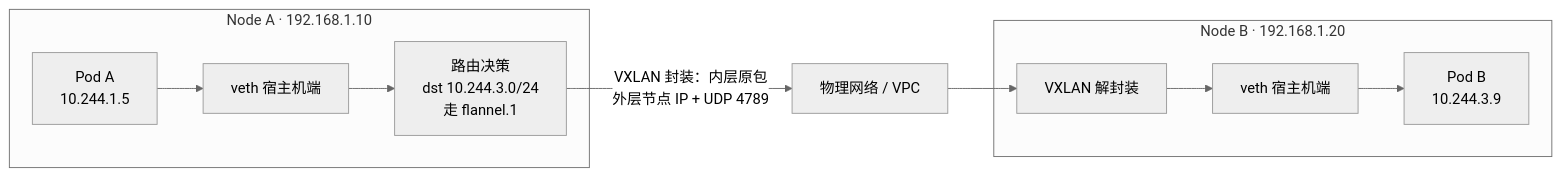
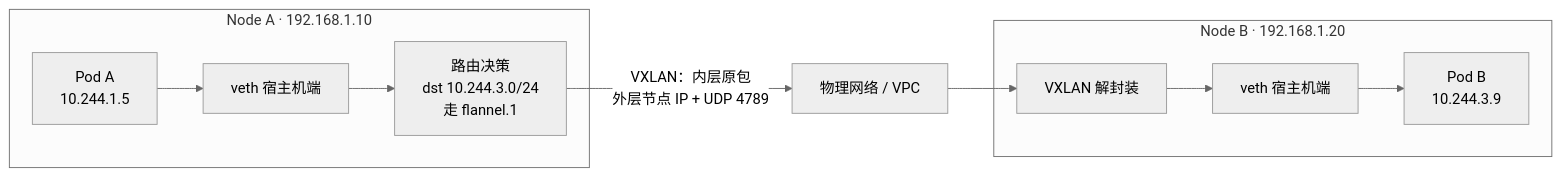
One commit to ml-cuizijun/LearnToLilith changed the third of 5 diagrams in 03-Kubernetes/10-CNI与网络策略/知识点.md. Above: the diagram before and after it, drawn with Mermaid (neutral theme). The commit also changed other lines of this file and 178 other files, not shown here.

````diff
--- a/03-Kubernetes/10-CNI与网络策略/知识点.md
+++ b/03-Kubernetes/10-CNI与网络策略/知识点.md
@@ -214,11 +203,11 @@
 ```mermaid
 flowchart LR
     subgraph N1["Node A · 192.168.1.10"]
         PA["Pod A<br/>10.244.1.5"] --> VA["veth 宿主机端"] --> RA["路由决策<br/>dst 10.244.3.0/24<br/>走 flannel.1"]
     end
-    RA -->|"VXLAN 封装：内层原包<br/>外层节点 IP + UDP 4789"| NET["物理网络 / VPC"]
+    RA -->|"VXLAN：内层原包<br/>外层节点 IP + UDP 4789"| NET["物理网络 / VPC"]
     NET --> RB
     subgraph N2["Node B · 192.168.1.20"]
         RB["VXLAN 解封装"] --> VB["veth 宿主机端"] --> PB["Pod B<br/>10.244.3.9"]
     end
 ```
````
